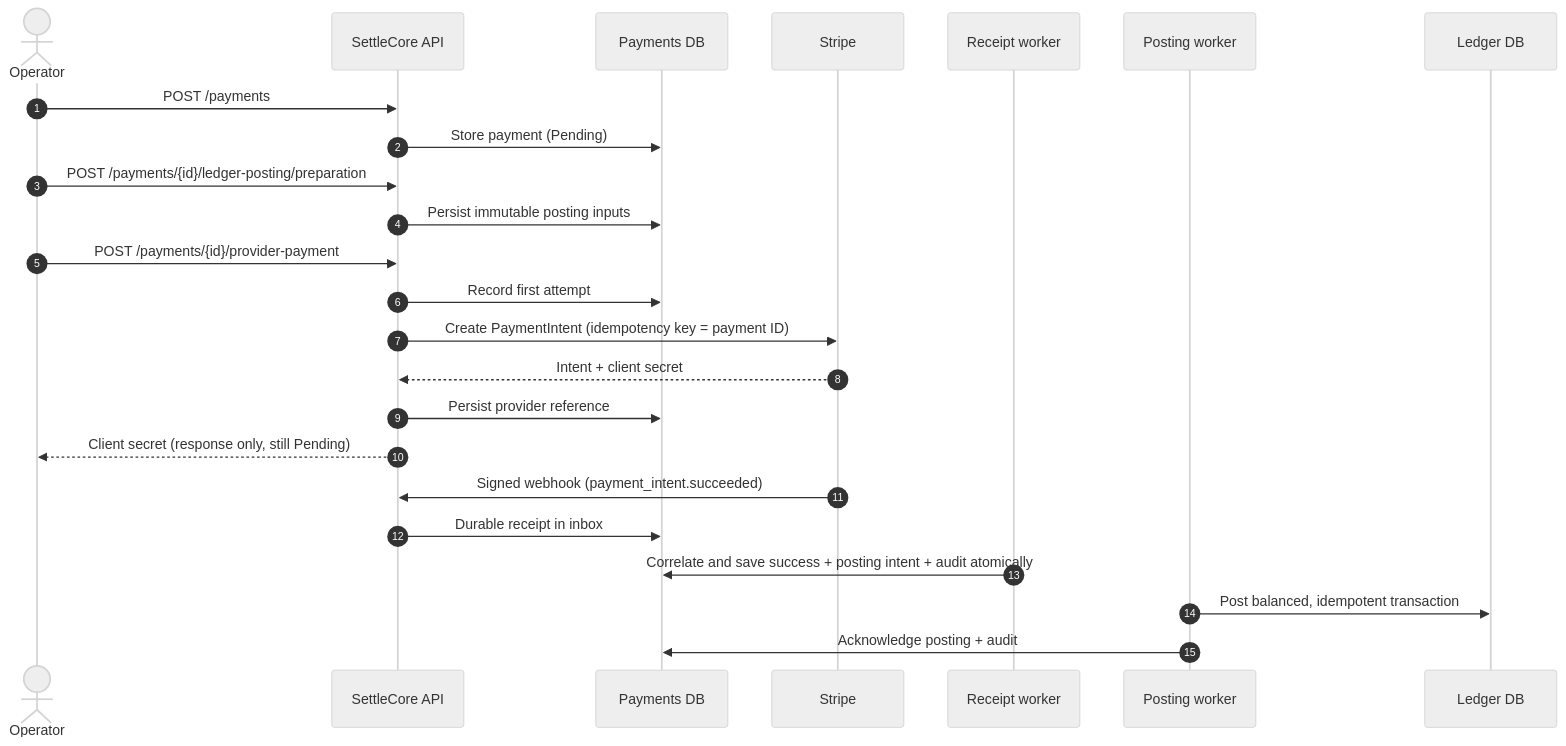
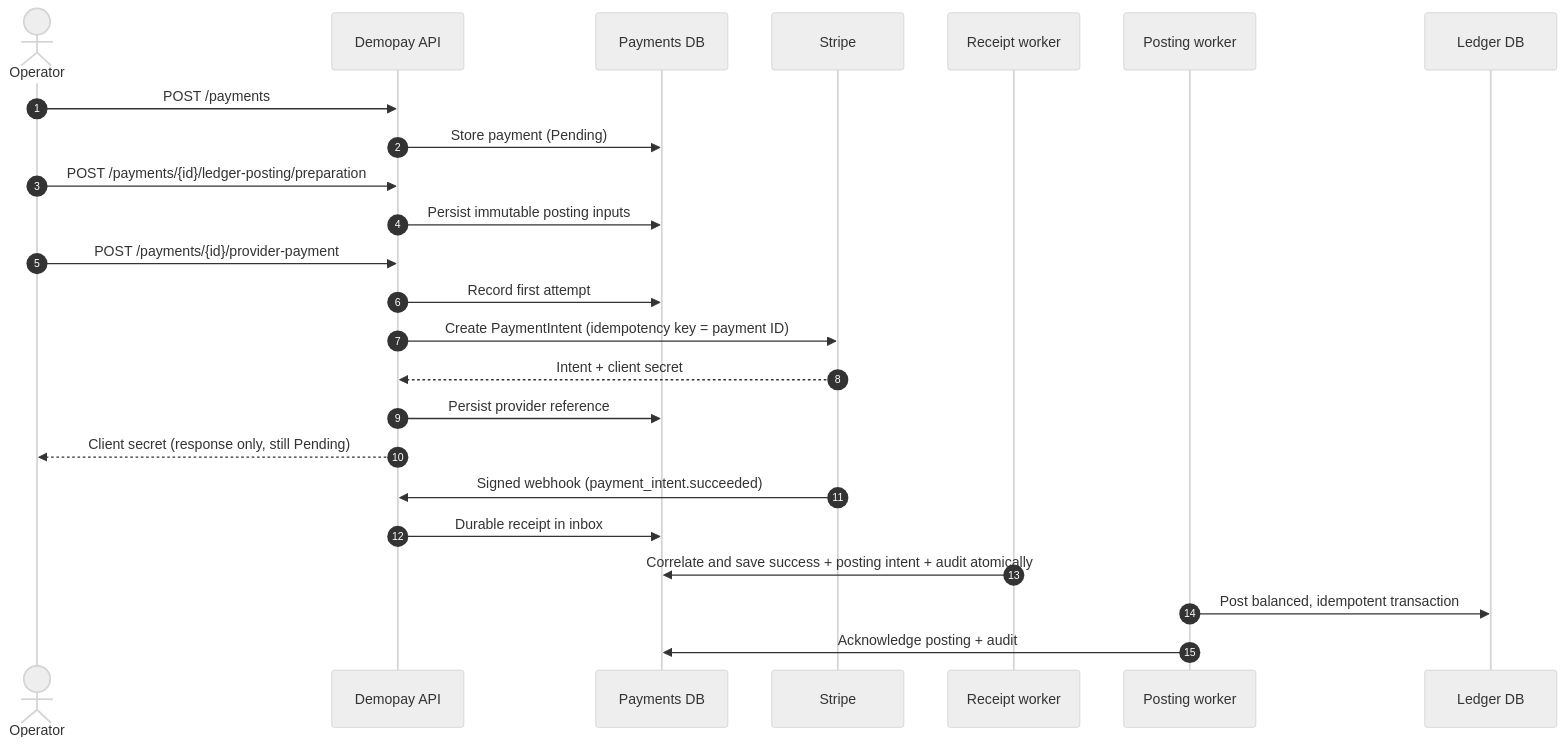
Before and after one commit to JClerve/Modular-Payment: the first of 3 diagrams in README.md, drawn with Mermaid (neutral theme). The commit also changed other lines of this file and 565 other files, not shown here.

````diff
--- a/README.md
+++ b/README.md
@@ -74,27 +74,27 @@
 ```mermaid
 sequenceDiagram
     autonumber
     actor Op as Operator
-    participant API as SettleCore API
+    participant API as Demopay API
     participant Pay as Payments DB
     participant Stripe
     participant RW as Receipt worker
     participant PW as Posting worker
     participant Led as Ledger DB
 
     Op->>API: POST /payments
     API->>Pay: Store payment (Pending)
     Op->>API: POST /payments/{id}/ledger-posting/preparation
     API->>Pay: Persist immutable posting inputs
     Op->>API: POST /payments/{id}/provider-payment
     API->>Pay: Record first attempt
     API->>Stripe: Create PaymentIntent (idempotency key = payment ID)
     Stripe-->>API: Intent + client secret
     API->>Pay: Persist provider reference
     API-->>Op: Client secret (response only, still Pending)
     Stripe->>API: Signed webhook (payment_intent.succeeded)
     API->>Pay: Durable receipt in inbox
     RW->>Pay: Correlate and save success + posting intent + audit atomically
     PW->>Led: Post balanced, idempotent transaction
     PW->>Pay: Acknowledge posting + audit
 ```
````
